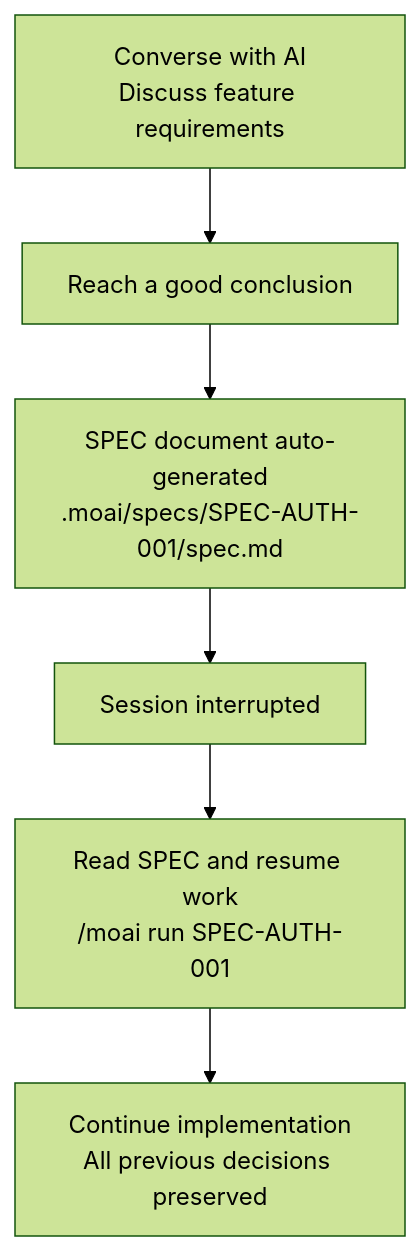
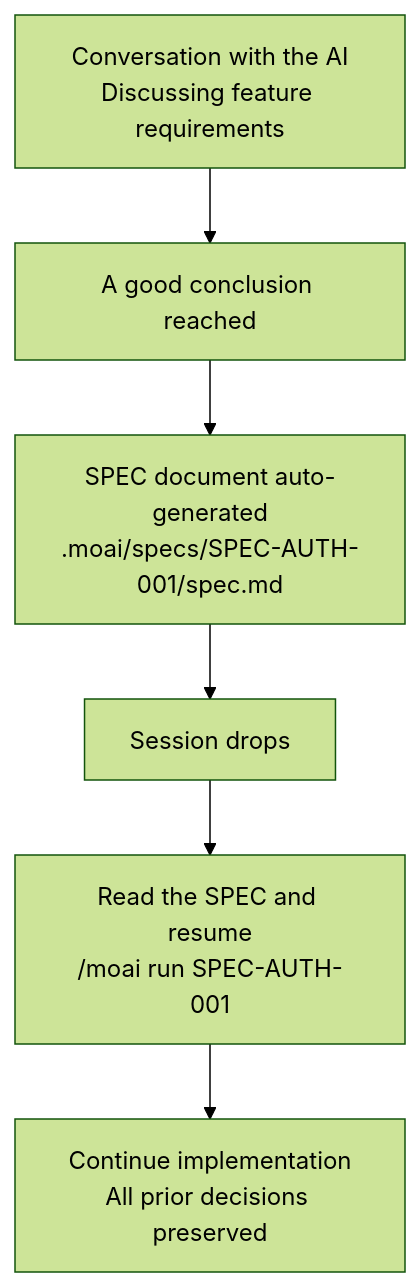
One commit to modu-ai/moai-adk changed the second of 5 diagrams in docs-site/content/en/core-concepts/spec-based-dev.md. Above: the diagram before and after it, drawn with Mermaid (forest theme). The commit also changed other lines of this file and 395 other files, not shown here.

````diff
--- a/docs-site/content/en/core-concepts/spec-based-dev.md
+++ b/docs-site/content/en/core-concepts/spec-based-dev.md
@@ -71,8 +68,8 @@
 ```mermaid
 flowchart TD
-    A["Converse with AI\nDiscuss feature requirements"] --> B["Reach a good conclusion"]
+    A["Conversation with the AI\nDiscussing feature requirements"] --> B["A good conclusion reached"]
     B --> C["SPEC document auto-generated\n.moai/specs/SPEC-AUTH-001/spec.md"]
-    C --> D["Session interrupted"]
-    D --> E["Read SPEC and resume work\n/moai run SPEC-AUTH-001"]
-    E --> F["Continue implementation\nAll previous decisions preserved"]
+    C --> D["Session drops"]
+    D --> E["Read the SPEC and resume\n/moai run SPEC-AUTH-001"]
+    E --> F["Continue implementation\nAll prior decisions preserved"]
 ```
````
